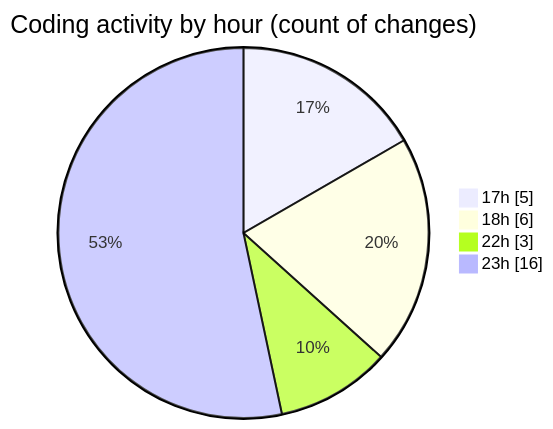
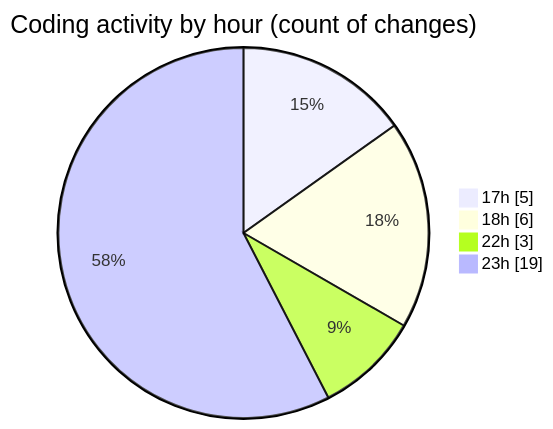
Before and after one commit to donsfak/code-tracking: the second of 2 diagrams in 2025-02-07/portofolio/README.md, drawn with Mermaid. The commit also changed other lines of this file and 1 other file, not shown here.

````diff
--- a/2025-02-07/portofolio/README.md
+++ b/2025-02-07/portofolio/README.md
@@ -30,8 +30,8 @@
 ```mermaid
 pie showData
 title Coding activity by hour (count of changes)
 "17h" : 5
 "18h" : 6
 "22h" : 3
-"23h" : 16
+"23h" : 19
 ```
````
